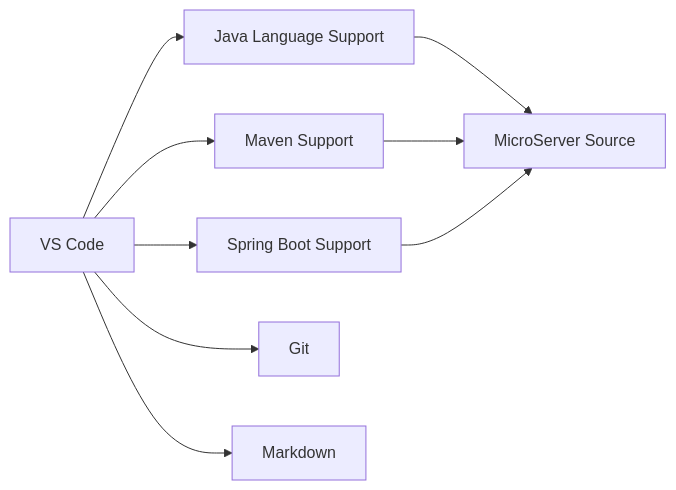
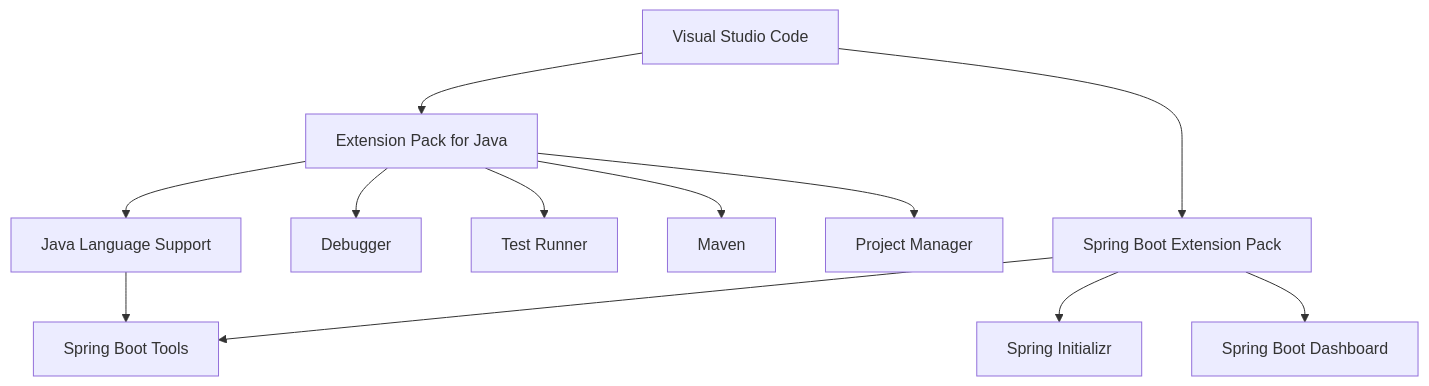
Before and after one commit to Team-Microserver/microserver-docs: the second of 4 diagrams in docs/01_project_start/02_environment/java/vscode_setup.md, drawn with Mermaid. The commit also changed other lines of this file and 9 other files, not shown here.

````diff
--- a/docs/01_project_start/02_environment/java/vscode_setup.md
+++ b/docs/01_project_start/02_environment/java/vscode_setup.md
@@ -23,12 +608,18 @@
 ```mermaid
-flowchart LR
-    VS[VS Code] --> JAVA[Java Language Support]
-    VS --> MVN[Maven Support]
-    VS --> SPRING[Spring Boot Support]
-    VS --> GIT[Git]
-    VS --> MD[Markdown]
+flowchart TB
+    VS[Visual Studio Code]
 
-    JAVA --> SRC[MicroServer Source]
-    MVN --> SRC
-    SPRING --> SRC
+    VS --> JAVA[Extension Pack for Java]
+    JAVA --> LANG[Java Language Support]
+    JAVA --> DEBUG[Debugger]
+    JAVA --> TEST[Test Runner]
+    JAVA --> MAVEN[Maven]
+    JAVA --> PROJECT[Project Manager]
+
+    VS --> SPRING[Spring Boot Extension Pack]
+    SPRING --> TOOLS[Spring Boot Tools]
+    SPRING --> INIT[Spring Initializr]
+    SPRING --> DASH[Spring Boot Dashboard]
+
+    LANG --> TOOLS
 ```
````
